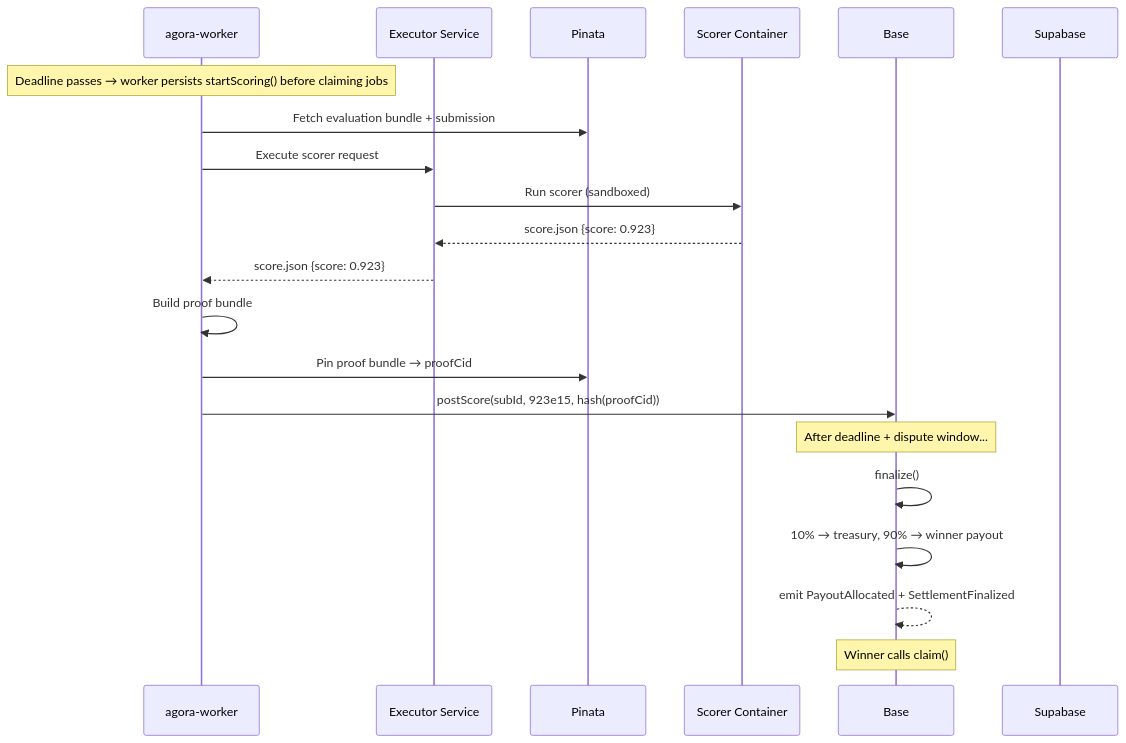
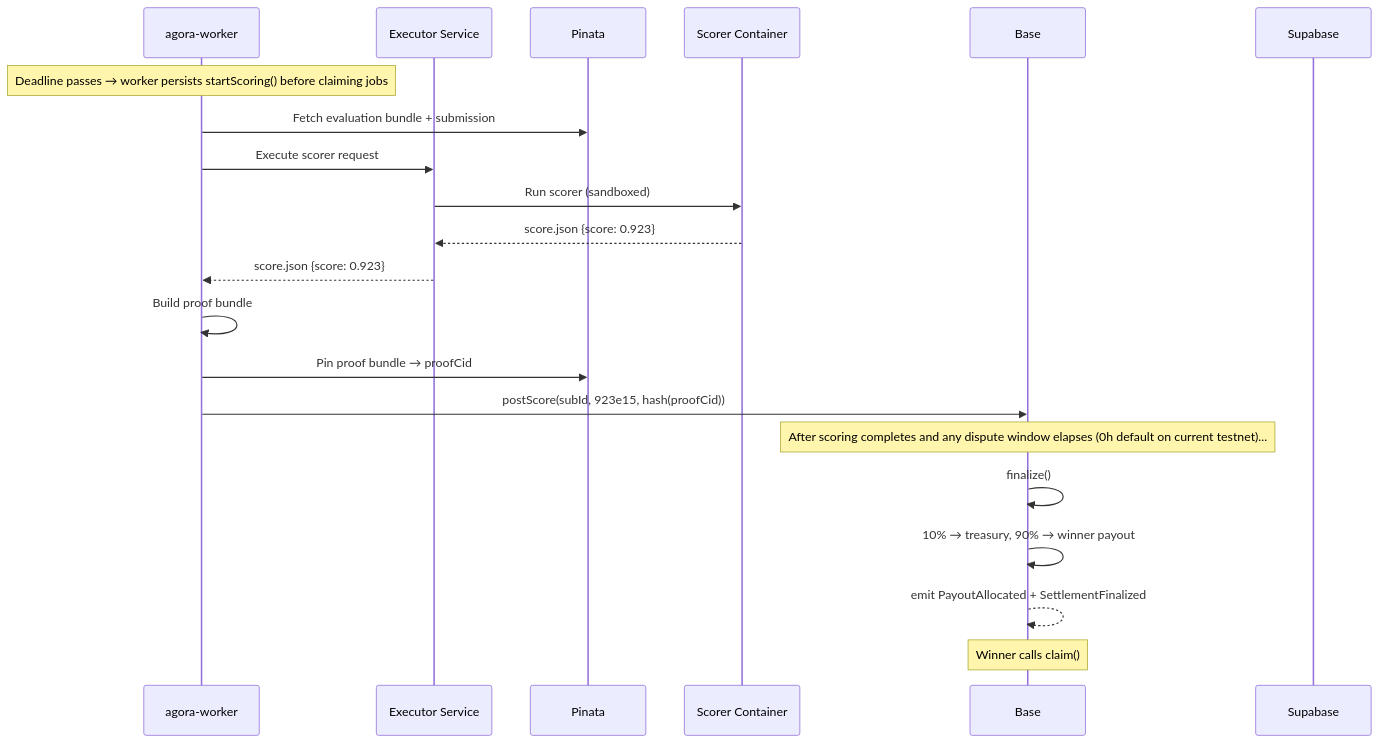
The seventh of 13 diagrams in docs/architecture.md (andymolecule/Hermes), drawn with Mermaid before and after one commit. The commit also changed 23 other files, not shown here.

Commit message:
testnet: default challenges to zero-hour dispute windows

````diff
--- a/docs/architecture.md
+++ b/docs/architecture.md
@@ -337,28 +337,28 @@
 ```mermaid
 sequenceDiagram
     participant Worker as agora-worker
     participant Executor as Executor Service
     participant IPFS as Pinata
     participant Docker as Scorer Container
     participant Chain as Base
     participant DB as Supabase
 
     Note over Worker: Deadline passes → worker persists startScoring() before claiming jobs
 
     Worker->>IPFS: Fetch evaluation bundle + submission
     Worker->>Executor: Execute scorer request
     Executor->>Docker: Run scorer (sandboxed)
     Docker-->>Executor: score.json {score: 0.923}
     Executor-->>Worker: score.json {score: 0.923}
     Worker->>Worker: Build proof bundle
     Worker->>IPFS: Pin proof bundle → proofCid
     Worker->>Chain: postScore(subId, 923e15, hash(proofCid))
 
-    Note over Chain: After deadline + dispute window...
+    Note over Chain: After scoring completes and any dispute window elapses (0h default on current testnet)...
 
     Chain->>Chain: finalize()
     Chain->>Chain: 10% → treasury, 90% → winner payout
     Chain-->>Chain: emit PayoutAllocated + SettlementFinalized
 
     Note over Chain: Winner calls claim()
 ```
````
